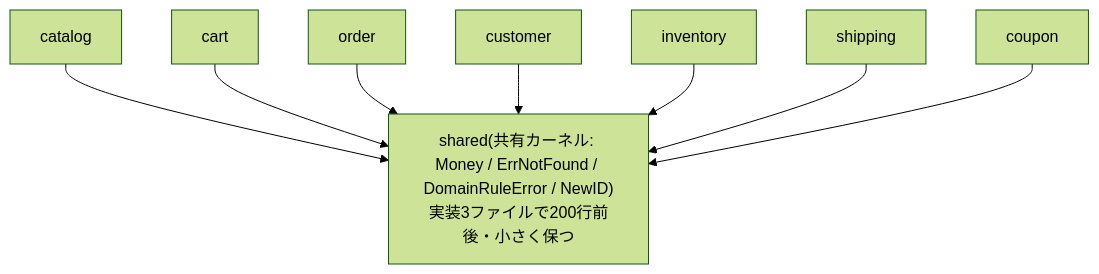
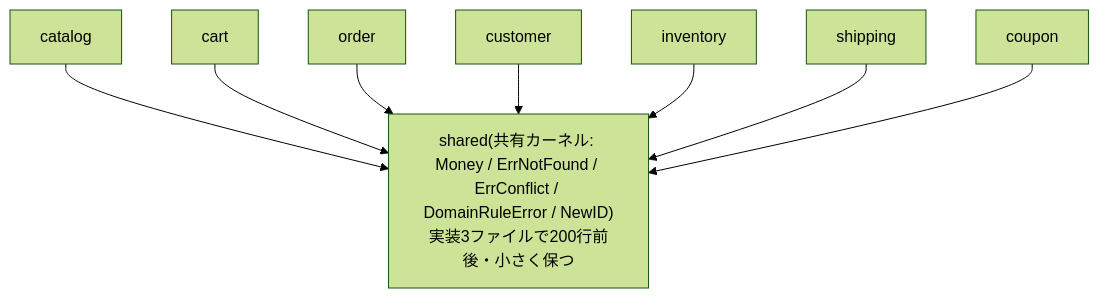
One commit to almondoo/golang-ddd-sample changed the diagram in docs/ddd/shared-kernel.md. Above: the diagram before and after it, drawn with Mermaid (forest theme). The commit also changed other lines of this file and 8 other files, not shown here.

````diff
--- a/docs/ddd/shared-kernel.md
+++ b/docs/ddd/shared-kernel.md
@@ -13,11 +13,11 @@
 ```mermaid
 flowchart TB
-    Shared["shared(共有カーネル: Money / ErrNotFound / DomainRuleError / NewID)<br>実装3ファイルで200行前後・小さく保つ"]
+    Shared["shared(共有カーネル: Money / ErrNotFound / ErrConflict / DomainRuleError / NewID)<br>実装3ファイルで200行前後・小さく保つ"]
     Catalog["catalog"] --> Shared
     Cart["cart"] --> Shared
     Order["order"] --> Shared
     Customer["customer"] --> Shared
     Inventory["inventory"] --> Shared
     Shipping["shipping"] --> Shared
     Coupon["coupon"] --> Shared
 ```
````
